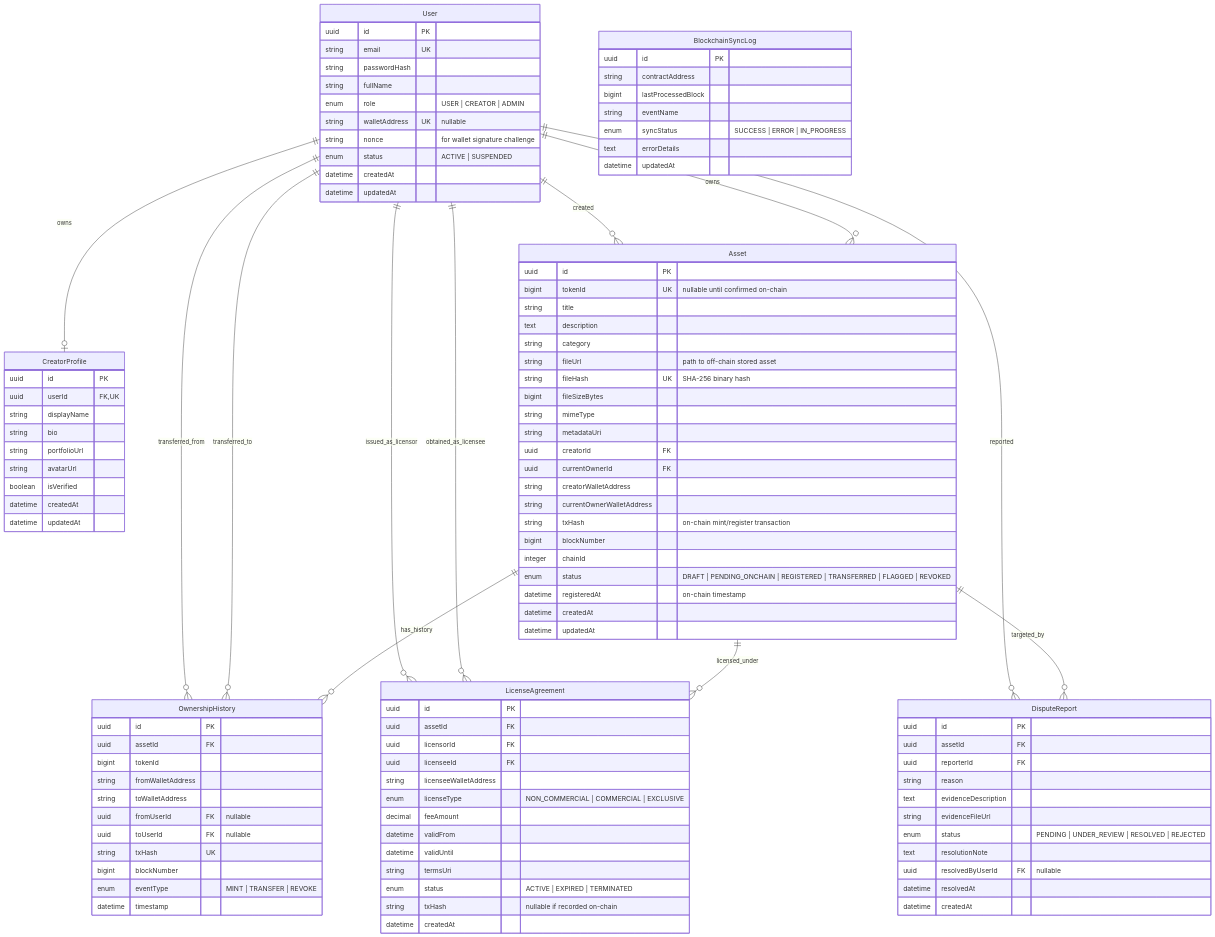
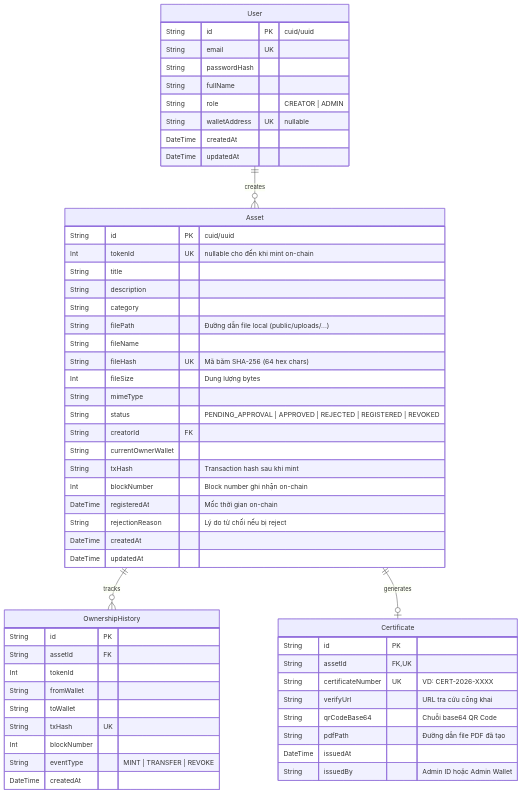
One commit to minhthuy70/assetchain changed the diagram in docs/erd.md. Above: the diagram before and after it, drawn with Mermaid. The commit also changed other lines of this file and 10 other files, not shown here.

````diff
--- a/docs/erd.md
+++ b/docs/erd.md
@@ -9,118 +9,62 @@
 ```mermaid
 erDiagram
-    User ||--o| CreatorProfile : "owns"
-    User ||--o{ Asset : "created"
-    User ||--o{ Asset : "owns"
-    User ||--o{ OwnershipHistory : "transferred_from"
-    User ||--o{ OwnershipHistory : "transferred_to"
-    User ||--o{ LicenseAgreement : "issued_as_licensor"
-    User ||--o{ LicenseAgreement : "obtained_as_licensee"
-    User ||--o{ DisputeReport : "reported"
-
-    Asset ||--o{ OwnershipHistory : "has_history"
-    Asset ||--o{ LicenseAgreement : "licensed_under"
-    Asset ||--o{ DisputeReport : "targeted_by"
+    User ||--o{ Asset : "creates"
+    Asset ||--o{ OwnershipHistory : "tracks"
+    Asset ||--o| Certificate : "generates"
 
     User {
-        uuid id PK
-        string email UK
-        string passwordHash
-        string fullName
-        enum role "USER | CREATOR | ADMIN"
-        string walletAddress UK "nullable"
-        string nonce "for wallet signature challenge"
-        enum status "ACTIVE | SUSPENDED"
-        datetime createdAt
-        datetime updatedAt
-    }
-
-    CreatorProfile {
-        uuid id PK
-        uuid userId FK, UK
-        string displayName
-        string bio
-        string portfolioUrl
-        string avatarUrl
-        boolean isVerified
-        datetime createdAt
-        datetime updatedAt
+        String id PK "cuid/uuid"
+        String email UK
+        String passwordHash
+        String fullName
+        String role "CREATOR | ADMIN"
+        String walletAddress UK "nullable"
+        DateTime createdAt
+        DateTime updatedAt
     }
 
     Asset {
-        uuid id PK
-        bigint tokenId UK "nullable until confirmed on-chain"
-        string title
-        text description
-        string category
-        string fileUrl "path to off-chain stored asset"
-        string fileHash UK "SHA-256 binary hash"
-        bigint fileSizeBytes
-        string mimeType
-        string metadataUri
-        uuid creatorId FK
-        uuid currentOwnerId FK
-        string creatorWalletAddress
-        string currentOwnerWalletAddress
-        string txHash "on-chain mint/register transaction"
-        bigint blockNumber
-        integer chainId
-        enum status "DRAFT | PENDING_ONCHAIN | REGISTERED | TRANSFERRED | FLAGGED | REVOKED"
-        datetime registeredAt "on-chain timestamp"
-        datetime createdAt
-        datetime updatedAt
+        String id PK "cuid/uuid"
+        Int tokenId UK "nullable cho đến khi mint on-chain"
+        String title
+        String description
+        String category
+        String filePath "Đường dẫn file local (public/uploads/...)"
+        String fileName
+        String fileHash UK "Mã băm SHA-256 (64 hex chars)"
+        Int fileSize "Dung lượng bytes"
+        String mimeType
+        String status "PENDING_APPROVAL | APPROVED | REJECTED | REGISTERED | REVOKED"
+        String creatorId FK
+        String currentOwnerWallet
+        String txHash "Transaction hash sau khi mint"
+        Int blockNumber "Block number ghi nhận on-chain"
+        DateTime registeredAt "Mốc thời gian on-chain"
+        String rejectionReason "Lý do từ chối nếu bị reject"
+        DateTime createdAt
+        DateTime updatedAt
     }
 
     OwnershipHistory {
-        uuid id PK
-        uuid assetId FK
-        bigint tokenId
-        string fromWalletAddress
-        string toWalletAddress
-        uuid fromUserId FK "nullable"
-        uuid toUserId FK "nullable"
-        string txHash UK
-        bigint blockNumber
-        enum eventType "MINT | TRANSFER | REVOKE"
-        datetime timestamp
+        String id PK
+        String assetId FK
+        Int tokenId
+        String fromWallet
+        String toWallet
+        String txHash UK
+        Int blockNumber
+        String eventType "MINT | TRANSFER | REVOKE"
+        DateTime createdAt
     }
 
-    LicenseAgreement {
-        uuid id PK
-        uuid assetId FK
-        uuid licensorId FK
-        uuid licenseeId FK
-        string licenseeWalletAddress
-        enum licenseType "NON_COMMERCIAL | COMMERCIAL | EXCLUSIVE"
-        decimal feeAmount
-        datetime validFrom
-        datetime validUntil
-        string termsUri
-        enum status "ACTIVE | EXPIRED | TERMINATED"
-        string txHash "nullable if recorded on-chain"
-        datetime createdAt
-    }
-
-    DisputeReport {
-        uuid id PK
-        uuid assetId FK
-        uuid reporterId FK
-        string reason
-        text evidenceDescription
-        string evidenceFileUrl
-        enum status "PENDING | UNDER_REVIEW | RESOLVED | REJECTED"
-        text resolutionNote
-        uuid resolvedByUserId FK "nullable"
-        datetime resolvedAt
-        datetime createdAt
-    }
-
-    BlockchainSyncLog {
-        uuid id PK
-        string contractAddress
-        bigint lastProcessedBlock
-        string eventName
-        enum syncStatus "SUCCESS | ERROR | IN_PROGRESS"
-        text errorDetails
-        datetime updatedAt
+    Certificate {
+        String id PK
+        String assetId FK, UK
+        String certificateNumber UK "VD: CERT-2026-XXXX"
+        String verifyUrl "URL tra cứu công khai"
+        String qrCodeBase64 "Chuỗi base64 QR Code"
+        String pdfPath "Đường dẫn file PDF đã tạo"
+        DateTime issuedAt
+        String issuedBy "Admin ID hoặc Admin Wallet"
     }
 ```
````
